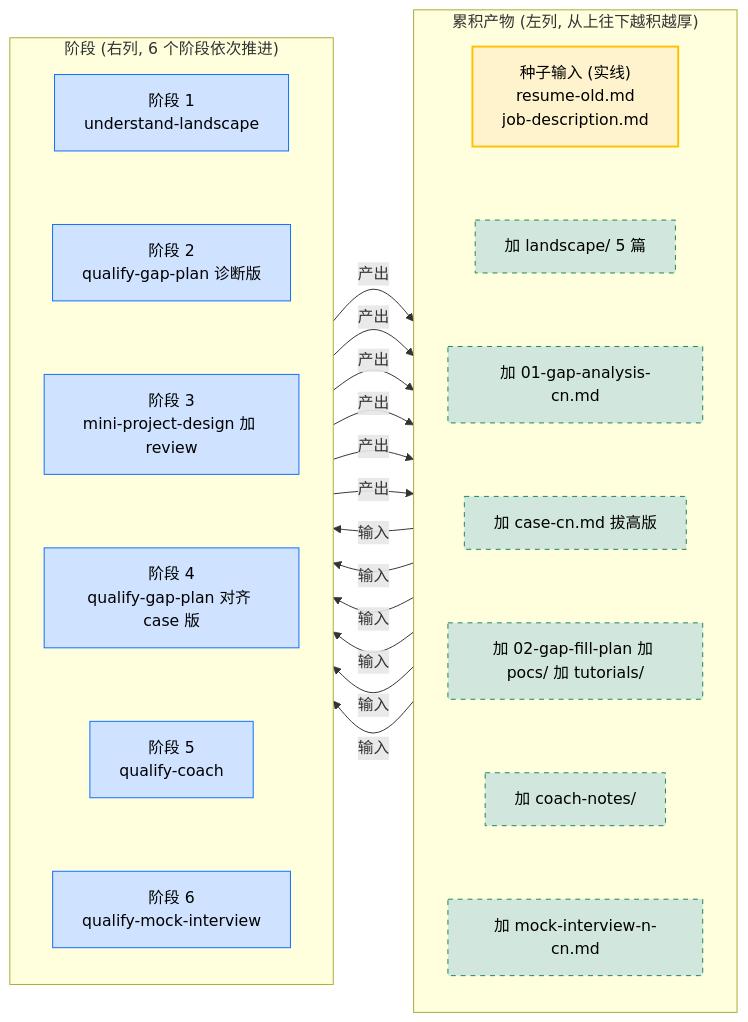
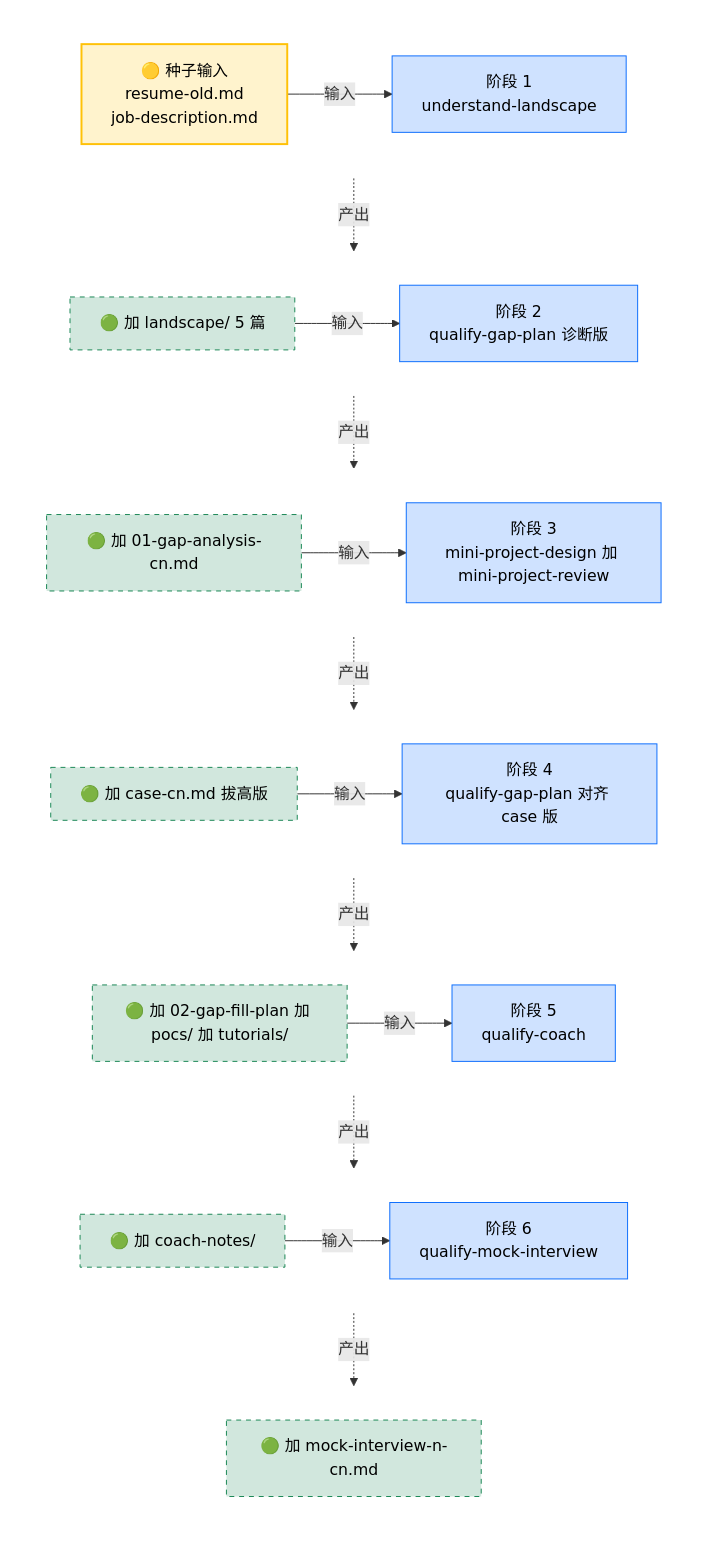
One commit to YingqiangYuan/Resume_Matrix changed the first of 2 diagrams in examples/07-elevate-existing-project/README-cn.md. Above: the diagram before and after it, drawn with Mermaid. The commit also changed 4 other files, not shown here.

````diff
--- a/examples/07-elevate-existing-project/README-cn.md
+++ b/examples/07-elevate-existing-project/README-cn.md
@@ -46,53 +46,56 @@
 ```mermaid
-flowchart LR
-    subgraph 左["累积产物 (左列, 从上往下越积越厚)"]
-        direction TB
-        IN["种子输入 (实线)<br/>resume-old.md<br/>job-description.md"]
-        L1["加 landscape/ 5 篇"]
-        L2["加 01-gap-analysis-cn.md"]
-        L3["加 case-cn.md 拔高版"]
-        L4["加 02-gap-fill-plan 加 pocs/ 加 tutorials/"]
-        L5["加 coach-notes/"]
-        L6["加 mock-interview-n-cn.md"]
-        IN ~~~ L1
-        L1 ~~~ L2
-        L2 ~~~ L3
-        L3 ~~~ L4
-        L4 ~~~ L5
-        L5 ~~~ L6
+flowchart TB
+    subgraph r1[" "]
+        direction LR
+        IN["🟡 种子输入<br/>resume-old.md<br/>job-description.md"]:::seed
+        S1["阶段 1<br/>understand-landscape"]:::stage
+        IN -- 输入 --> S1
     end
-    subgraph 右["阶段 (右列, 6 个阶段依次推进)"]
-        direction TB
-        S1["阶段 1<br/>understand-landscape"]
-        S2["阶段 2<br/>qualify-gap-plan 诊断版"]
-        S3["阶段 3<br/>mini-project-design 加 review"]
-        S4["阶段 4<br/>qualify-gap-plan 对齐 case 版"]
-        S5["阶段 5<br/>qualify-coach"]
-        S6["阶段 6<br/>qualify-mock-interview"]
-        S1 ~~~ S2
-        S2 ~~~ S3
-        S3 ~~~ S4
-        S4 ~~~ S5
-        S5 ~~~ S6
+    subgraph r2[" "]
+        direction LR
+        L1["🟢 加 landscape/ 5 篇"]:::acc
+        S2["阶段 2<br/>qualify-gap-plan 诊断版"]:::stage
+        L1 -- 输入 --> S2
+    end
+    subgraph r3[" "]
+        direction LR
+        L2["🟢 加 01-gap-analysis-cn.md"]:::acc
+        S3["阶段 3<br/>mini-project-design 加 mini-project-review"]:::stage
+        L2 -- 输入 --> S3
+    end
+    subgraph r4[" "]
+        direction LR
+        L3["🟢 加 case-cn.md 拔高版"]:::acc
+        S4["阶段 4<br/>qualify-gap-plan 对齐 case 版"]:::stage
+        L3 -- 输入 --> S4
+    end
+    subgraph r5[" "]
+        direction LR
+        L4["🟢 加 02-gap-fill-plan 加 pocs/ 加 tutorials/"]:::acc
+        S5["阶段 5<br/>qualify-coach"]:::stage
+        L4 -- 输入 --> S5
+    end
+    subgraph r6[" "]
+        direction LR
+        L5["🟢 加 coach-notes/"]:::acc
+        S6["阶段 6<br/>qualify-mock-interview"]:::stage
+        L5 -- 输入 --> S6
+    end
+    subgraph r7[" "]
+        direction LR
+        L6["🟢 加 mock-interview-n-cn.md"]:::acc
     end
 
-    IN  -- 输入 --> S1
-    S1  -- 产出 --> L1
-    L1  -- 输入 --> S2
-    S2  -- 产出 --> L2
-    L2  -- 输入 --> S3
-    S3  -- 产出 --> L3
-    L3  -- 输入 --> S4
-    S4  -- 产出 --> L4
-    L4  -- 输入 --> S5
-    S5  -- 产出 --> L5
-    L5  -- 输入 --> S6
-    S6  -- 产出 --> L6
+    S1 -. 产出 .-> L1
+    S2 -. 产出 .-> L2
+    S3 -. 产出 .-> L3
+    S4 -. 产出 .-> L4
+    S5 -. 产出 .-> L5
+    S6 -. 产出 .-> L6
 
     classDef seed fill:#fff3cd,stroke:#ffc107,color:#000,stroke-width:2px
     classDef acc fill:#d1e7dd,stroke:#198754,color:#000,stroke-dasharray: 5 5
     classDef stage fill:#cfe2ff,stroke:#0d6efd,color:#000
-    class IN seed
-    class L1,L2,L3,L4,L5,L6 acc
-    class S1,S2,S3,S4,S5,S6 stage
+    classDef rowbox fill:none,stroke:none
+    class r1,r2,r3,r4,r5,r6,r7 rowbox
 ```
````
